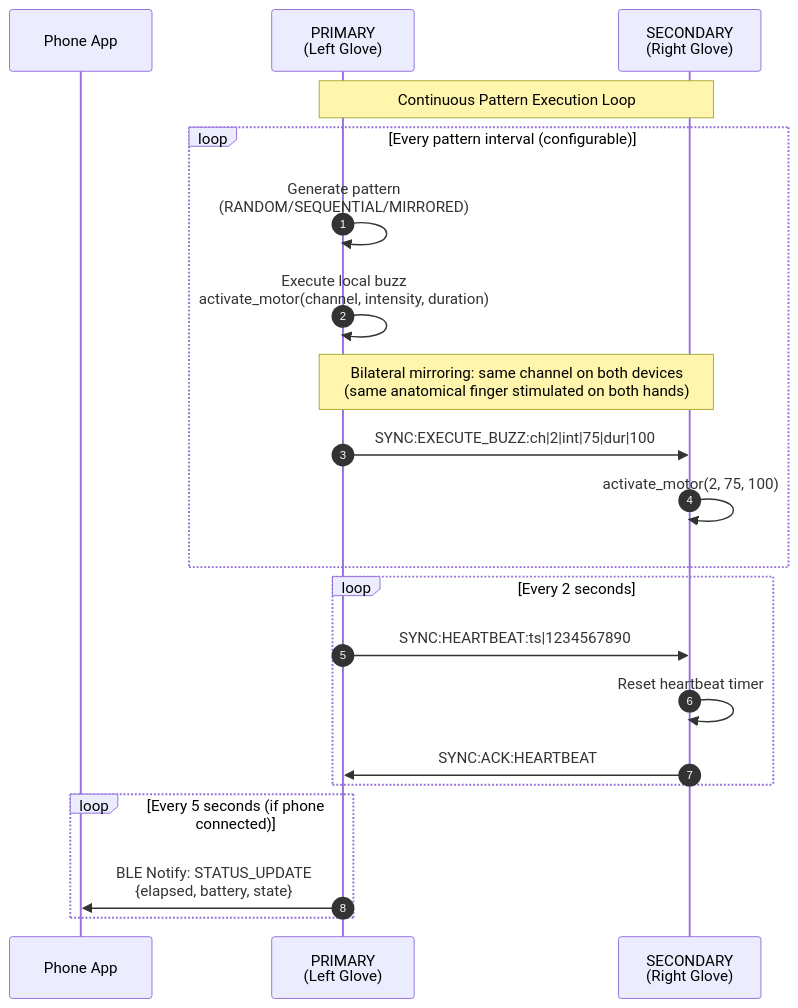
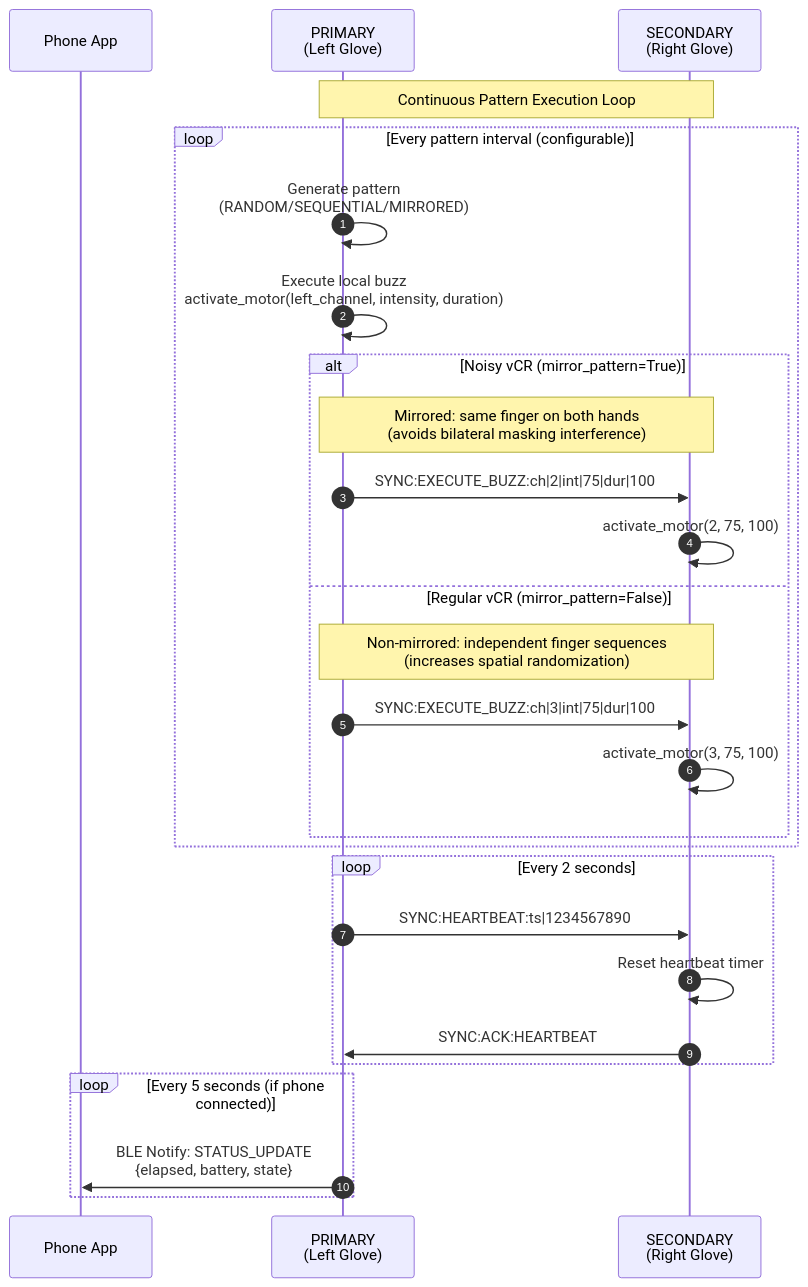
One commit to BlueBuzzah/BlueBuzzah-Firmware changed the fifth of 11 diagrams in docs/STATE_DIAGRAM.md. Above: the diagram before and after it, drawn with Mermaid. The commit also changed 3 other files, not shown here.

````diff
--- a/docs/STATE_DIAGRAM.md
+++ b/docs/STATE_DIAGRAM.md
@@ -210,29 +210,35 @@
 ```mermaid
 sequenceDiagram
     autonumber
     participant Phone as Phone App
     participant PRIMARY as PRIMARY<br/>(Left Glove)
     participant SECONDARY as SECONDARY<br/>(Right Glove)
 
     Note over PRIMARY,SECONDARY: Continuous Pattern Execution Loop
 
     loop Every pattern interval (configurable)
         PRIMARY->>PRIMARY: Generate pattern<br/>(RANDOM/SEQUENTIAL/MIRRORED)
 
-        PRIMARY->>PRIMARY: Execute local buzz<br/>activate_motor(channel, intensity, duration)
+        PRIMARY->>PRIMARY: Execute local buzz<br/>activate_motor(left_channel, intensity, duration)
 
-        Note over PRIMARY,SECONDARY: Bilateral mirroring: same channel on both devices<br/>(same anatomical finger stimulated on both hands)
-        PRIMARY->>SECONDARY: SYNC:EXECUTE_BUZZ:ch|2|int|75|dur|100
-        SECONDARY->>SECONDARY: activate_motor(2, 75, 100)
+        alt Noisy vCR (mirror_pattern=True)
+            Note over PRIMARY,SECONDARY: Mirrored: same finger on both hands<br/>(avoids bilateral masking interference)
+            PRIMARY->>SECONDARY: SYNC:EXECUTE_BUZZ:ch|2|int|75|dur|100
+            SECONDARY->>SECONDARY: activate_motor(2, 75, 100)
+        else Regular vCR (mirror_pattern=False)
+            Note over PRIMARY,SECONDARY: Non-mirrored: independent finger sequences<br/>(increases spatial randomization)
+            PRIMARY->>SECONDARY: SYNC:EXECUTE_BUZZ:ch|3|int|75|dur|100
+            SECONDARY->>SECONDARY: activate_motor(3, 75, 100)
+        end
     end
 
     loop Every 2 seconds
         PRIMARY->>SECONDARY: SYNC:HEARTBEAT:ts|1234567890
         SECONDARY->>SECONDARY: Reset heartbeat timer
         SECONDARY->>PRIMARY: SYNC:ACK:HEARTBEAT
     end
 
     loop Every 5 seconds (if phone connected)
         PRIMARY->>Phone: BLE Notify: STATUS_UPDATE<br/>{elapsed, battery, state}
     end
 ```
````
